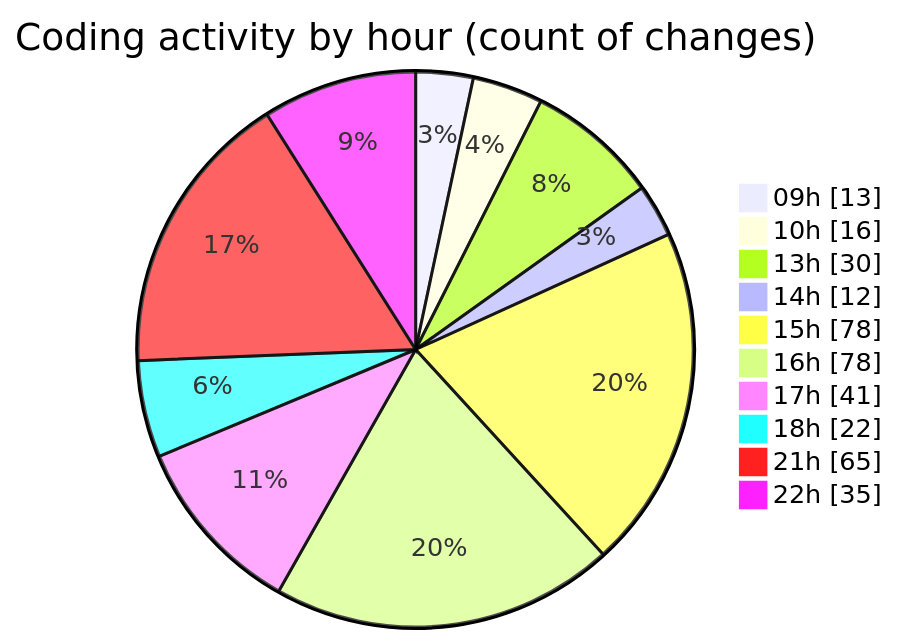
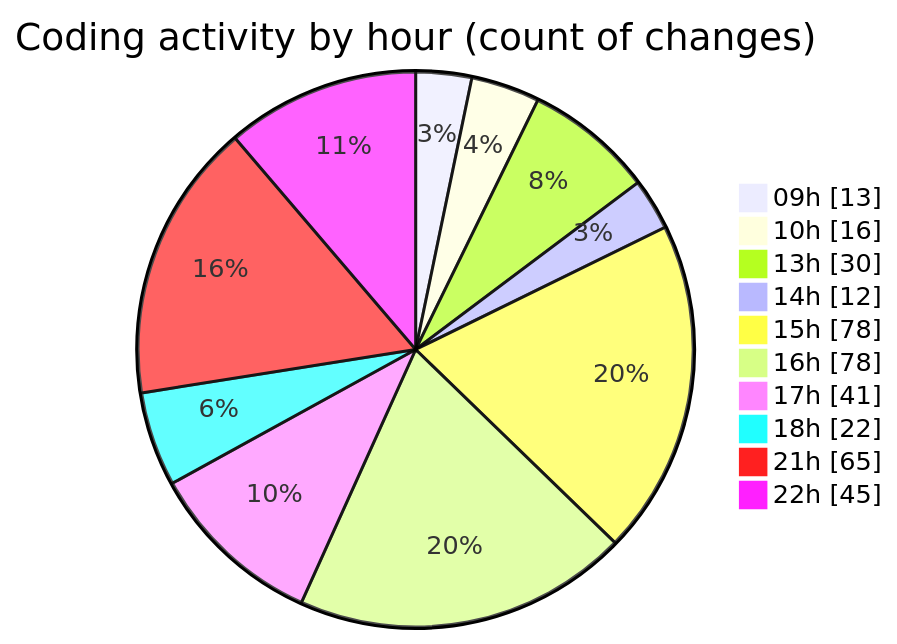
One commit to momahboobian/code-tracking changed the second of 2 diagrams in 2025-03-31/cda/README.md. Above: the diagram before and after it, drawn with Mermaid. The commit also changed other lines of this file and 1 other file, not shown here.

````diff
--- a/2025-03-31/cda/README.md
+++ b/2025-03-31/cda/README.md
@@ -50,14 +50,14 @@
 ```mermaid
 pie showData
 title Coding activity by hour (count of changes)
 "09h" : 13
 "10h" : 16
 "13h" : 30
 "14h" : 12
 "15h" : 78
 "16h" : 78
 "17h" : 41
 "18h" : 22
 "21h" : 65
-"22h" : 35
+"22h" : 45
 ```
````
